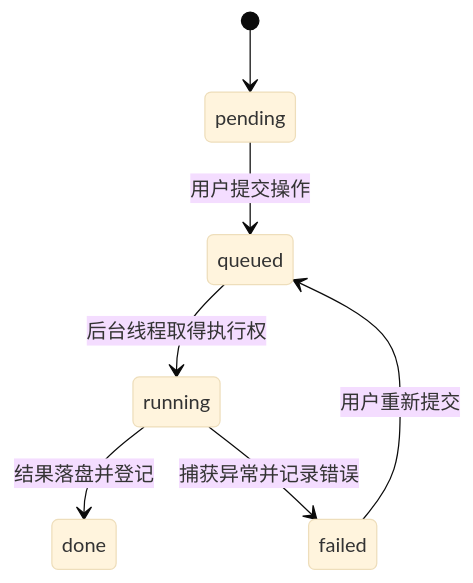
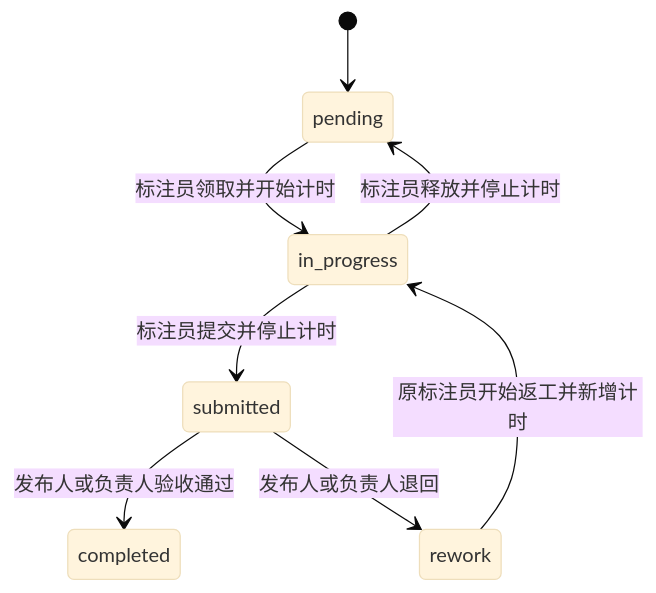
Before and after one commit to JasenZ2000/VideoAnnotate: the sixth of 6 diagrams in docs/platform-capabilities.md, drawn with Mermaid (base theme). The commit also changed other lines of this file and 12 other files, not shown here.

````diff
--- a/docs/platform-capabilities.md
+++ b/docs/platform-capabilities.md
@@ -155,9 +153,10 @@
 ```mermaid
 stateDiagram-v2
     [*] --> pending
-    pending --> queued: 用户提交操作
-    queued --> running: 后台线程取得执行权
-    running --> done: 结果落盘并登记
-    running --> failed: 捕获异常并记录错误
-    failed --> queued: 用户重新提交
+    pending --> in_progress: 标注员领取并开始计时
+    in_progress --> pending: 标注员释放并停止计时
+    in_progress --> submitted: 标注员提交并停止计时
+    submitted --> completed: 发布人或负责人验收通过
+    submitted --> rework: 发布人或负责人退回
+    rework --> in_progress: 原标注员开始返工并新增计时
 ```
````
